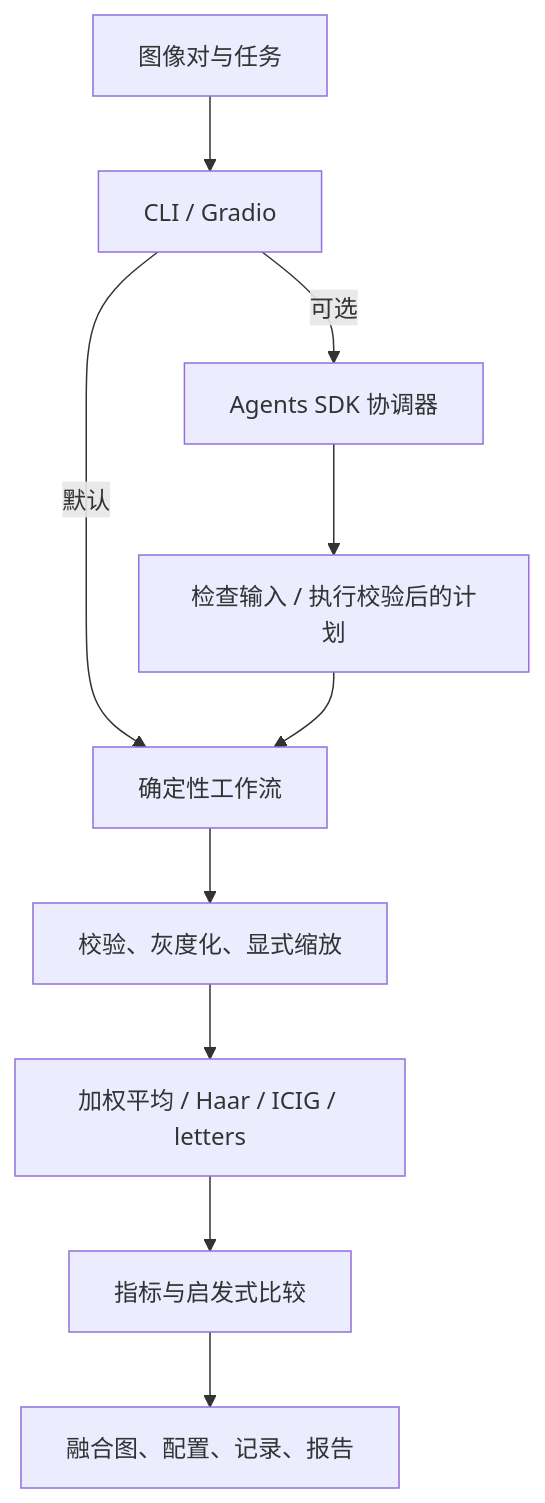
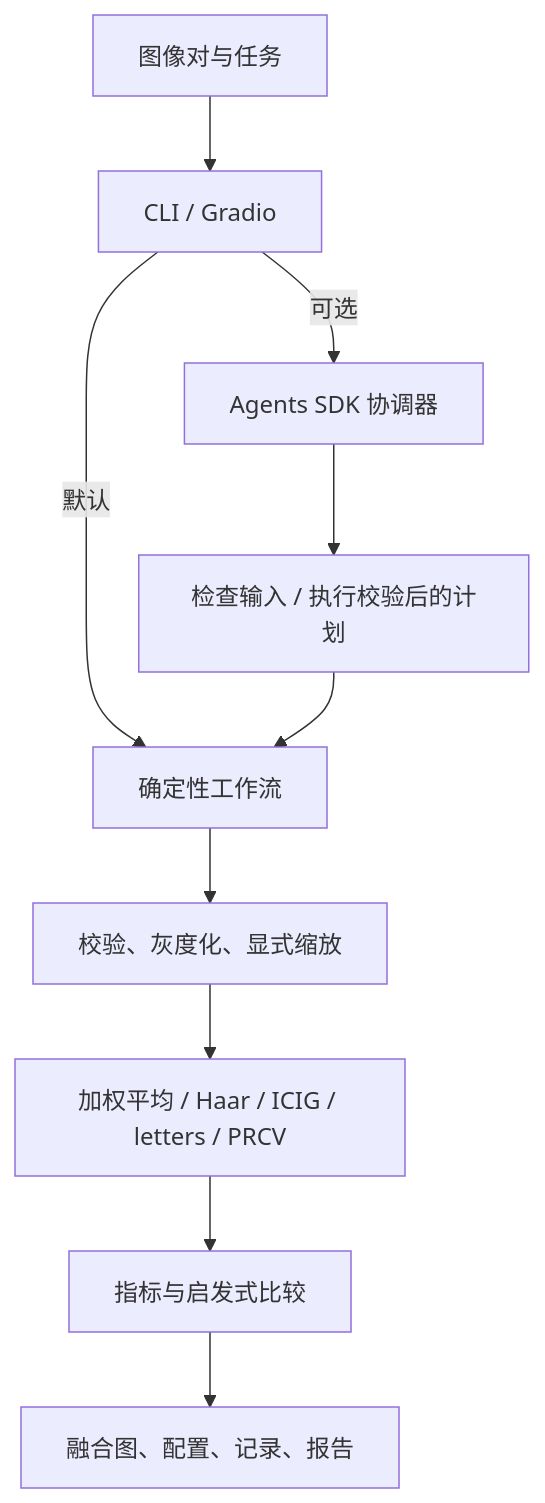
One commit to hjt991202/fusion-agent changed the diagram in README_zh.md. Above: the diagram before and after it, drawn with Mermaid. The commit also changed other lines of this file and 55 other files, not shown here.

````diff
--- a/README_zh.md
+++ b/README_zh.md
@@ -43,12 +43,12 @@
 ```mermaid
 flowchart TD
     I[图像对与任务] --> E[CLI / Gradio]
     E -->|默认| W[确定性工作流]
     E -->|可选| A[Agents SDK 协调器]
     A --> T[检查输入 / 执行校验后的计划]
     T --> W
     W --> P[校验、灰度化、显式缩放]
-    P --> F[加权平均 / Haar / ICIG / letters]
+    P --> F[加权平均 / Haar / ICIG / letters / PRCV]
     F --> M[指标与启发式比较]
     M --> R[融合图、配置、记录、报告]
 ```
````
